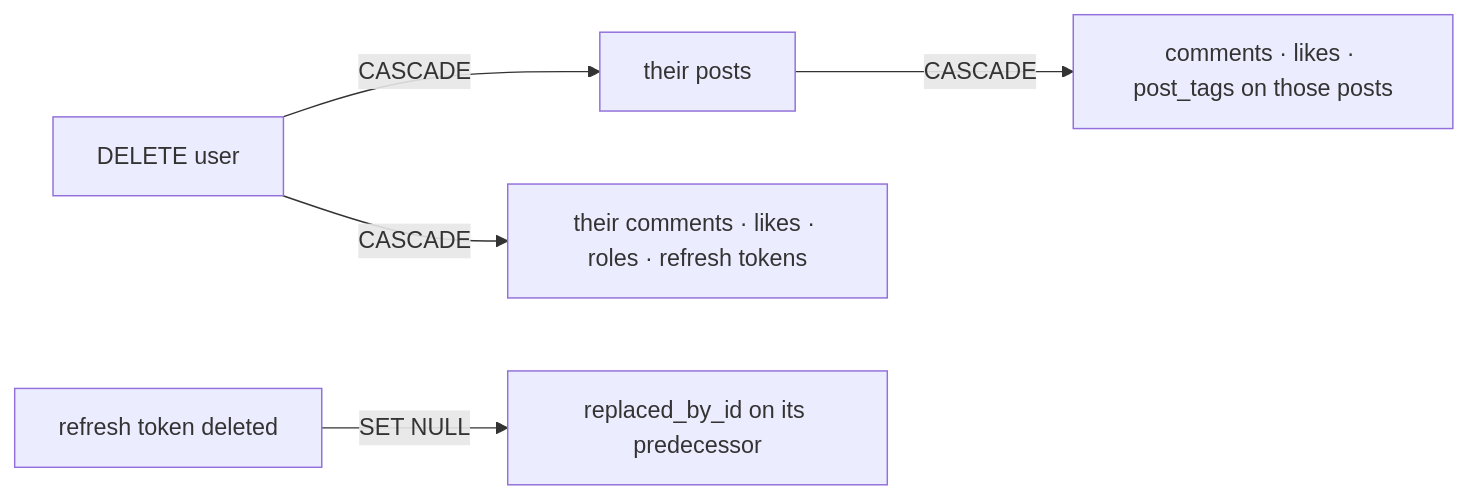
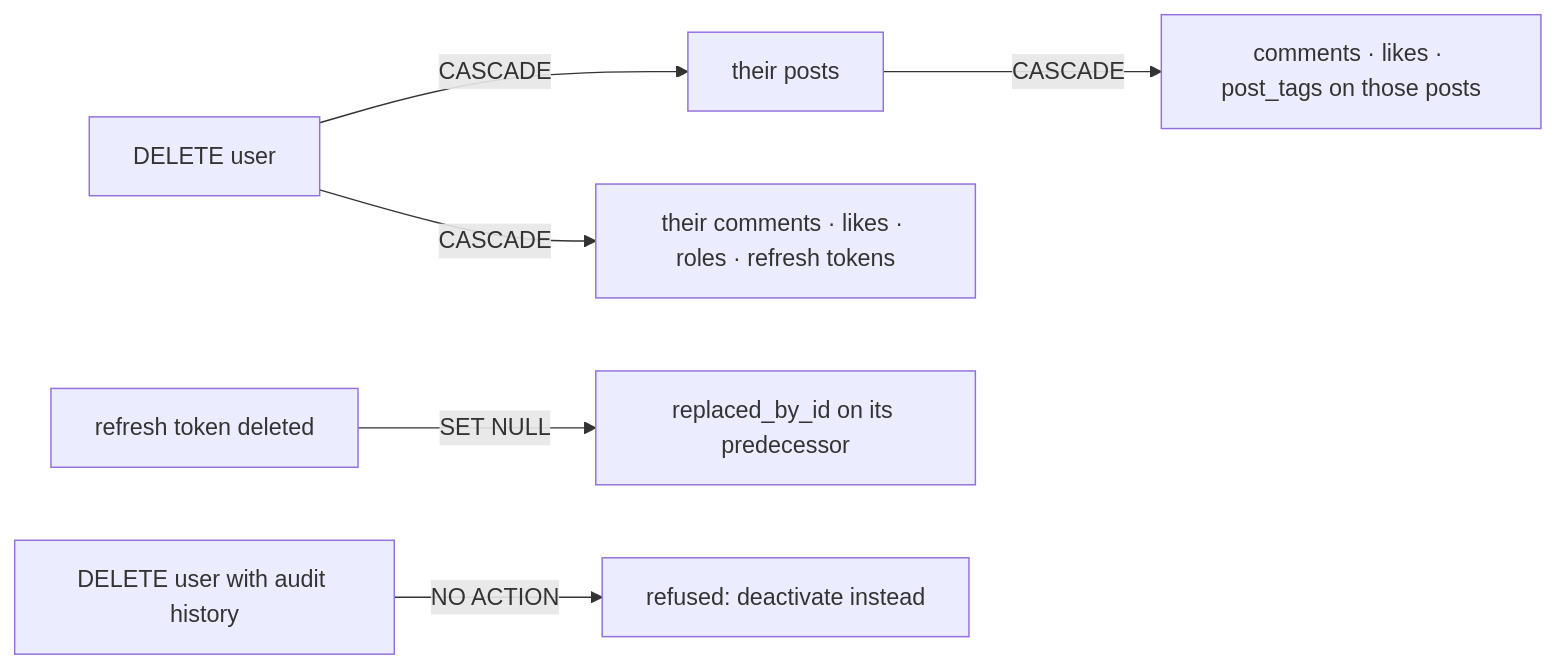
One commit to mr-laboratory/nebula changed the second of 3 diagrams in docs/database.md. Above: the diagram before and after it, drawn with Mermaid. The commit also changed other lines of this file and 4 other files, not shown here.

````diff
--- a/docs/database.md
+++ b/docs/database.md
@@ -115,6 +126,7 @@
 ```mermaid
 flowchart LR
     U[DELETE user] -->|CASCADE| P[their posts] -->|CASCADE| X[comments · likes · post_tags on those posts]
     U -->|CASCADE| C[their comments · likes · roles · refresh tokens]
     T[refresh token deleted] -->|SET NULL| R[replaced_by_id on its predecessor]
+    A[DELETE user with audit history] -->|NO ACTION| B["refused: deactivate instead"]
 ```
````
